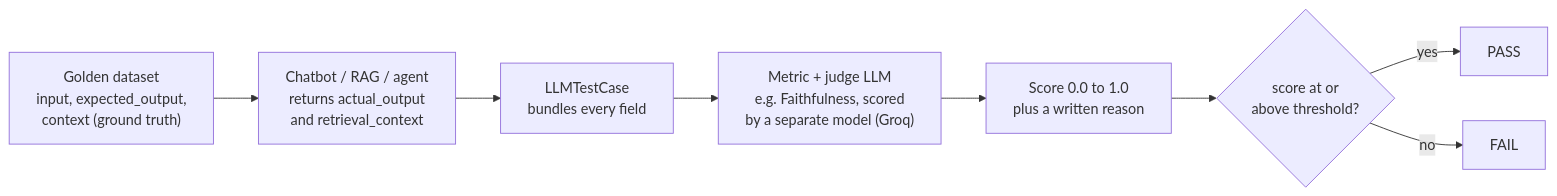
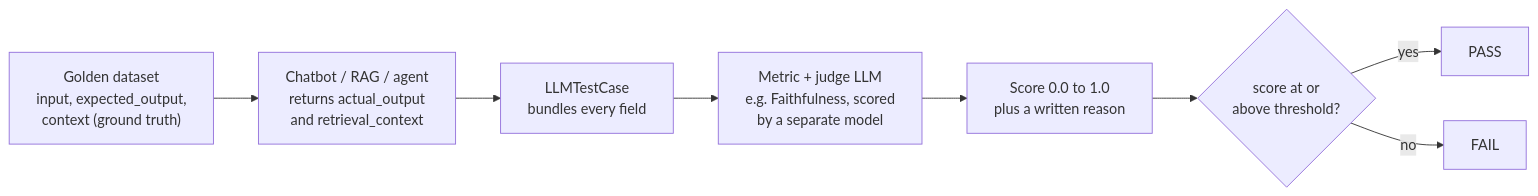
Before and after one commit to atish53481/ChatbotLLM-Judge-App: the diagram in docs/LLM_Evaluation_Notes.md, drawn with Mermaid. The commit also changed other lines of this file and 5 other files, not shown here.

````diff
--- a/docs/LLM_Evaluation_Notes.md
+++ b/docs/LLM_Evaluation_Notes.md
@@ -69,10 +65,10 @@
 ```mermaid
 flowchart LR
     G["Golden dataset<br/>input, expected_output,<br/>context (ground truth)"] --> A["Chatbot / RAG / agent<br/>returns actual_output<br/>and retrieval_context"]
     A --> T["LLMTestCase<br/>bundles every field"]
-    T --> J["Metric + judge LLM<br/>e.g. Faithfulness, scored<br/>by a separate model (Groq)"]
+    T --> J["Metric + judge LLM<br/>e.g. Faithfulness, scored<br/>by a separate model"]
     J --> S["Score 0.0 to 1.0<br/>plus a written reason"]
     S --> D{"score at or<br/>above threshold?"}
     D -- yes --> P["PASS"]
     D -- no --> F["FAIL"]
 ```
````
